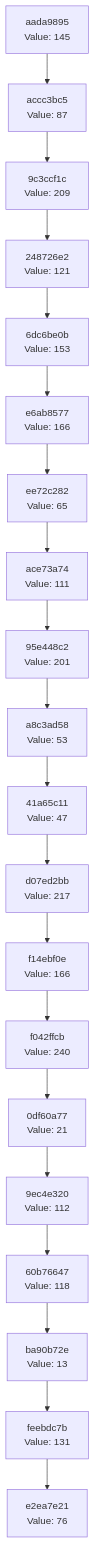
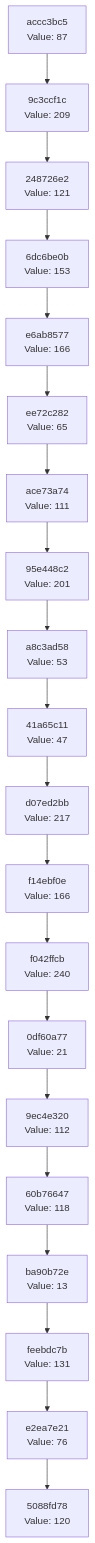
One commit to Abhisheksinha1506/hash-chain-evolver changed the diagram in docs/CHAIN_VISUALIZATION.md. Above: the diagram before and after it, drawn with Mermaid. The commit also changed 3 other files, not shown here.

````diff
--- a/docs/CHAIN_VISUALIZATION.md
+++ b/docs/CHAIN_VISUALIZATION.md
@@ -3,42 +3,42 @@
 ```mermaid
 graph TD
-    C0["e2ea7e21<br/>Value: 76"]
-    C1["feebdc7b<br/>Value: 131"]
+    C0["5088fd78<br/>Value: 120"]
+    C1["e2ea7e21<br/>Value: 76"]
     C1 --> C0
-    C2["ba90b72e<br/>Value: 13"]
+    C2["feebdc7b<br/>Value: 131"]
     C2 --> C1
-    C3["60b76647<br/>Value: 118"]
+    C3["ba90b72e<br/>Value: 13"]
     C3 --> C2
-    C4["9ec4e320<br/>Value: 112"]
+    C4["60b76647<br/>Value: 118"]
     C4 --> C3
-    C5["0df60a77<br/>Value: 21"]
+    C5["9ec4e320<br/>Value: 112"]
     C5 --> C4
-    C6["f042ffcb<br/>Value: 240"]
+    C6["0df60a77<br/>Value: 21"]
     C6 --> C5
-    C7["f14ebf0e<br/>Value: 166"]
+    C7["f042ffcb<br/>Value: 240"]
     C7 --> C6
-    C8["d07ed2bb<br/>Value: 217"]
+    C8["f14ebf0e<br/>Value: 166"]
     C8 --> C7
-    C9["41a65c11<br/>Value: 47"]
+    C9["d07ed2bb<br/>Value: 217"]
     C9 --> C8
-    C10["a8c3ad58<br/>Value: 53"]
+    C10["41a65c11<br/>Value: 47"]
     C10 --> C9
-    C11["95e448c2<br/>Value: 201"]
+    C11["a8c3ad58<br/>Value: 53"]
     C11 --> C10
-    C12["ace73a74<br/>Value: 111"]
+    C12["95e448c2<br/>Value: 201"]
     C12 --> C11
-    C13["ee72c282<br/>Value: 65"]
+    C13["ace73a74<br/>Value: 111"]
     C13 --> C12
-    C14["e6ab8577<br/>Value: 166"]
+    C14["ee72c282<br/>Value: 65"]
     C14 --> C13
-    C15["6dc6be0b<br/>Value: 153"]
+    C15["e6ab8577<br/>Value: 166"]
     C15 --> C14
-    C16["248726e2<br/>Value: 121"]
+    C16["6dc6be0b<br/>Value: 153"]
     C16 --> C15
-    C17["9c3ccf1c<br/>Value: 209"]
+    C17["248726e2<br/>Value: 121"]
     C17 --> C16
-    C18["accc3bc5<br/>Value: 87"]
+    C18["9c3ccf1c<br/>Value: 209"]
     C18 --> C17
-    C19["aada9895<br/>Value: 145"]
+    C19["accc3bc5<br/>Value: 87"]
     C19 --> C18
 ```
````
